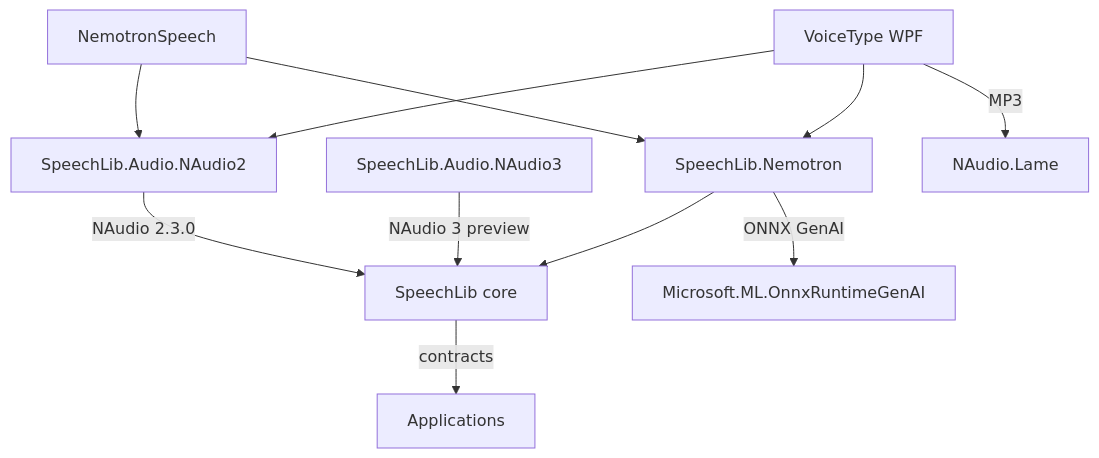
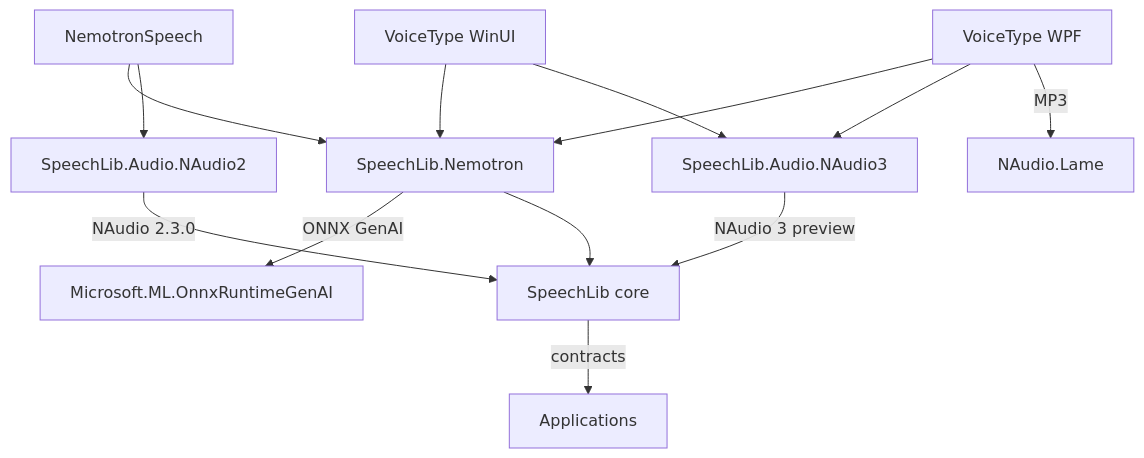
One commit to DimQ1/nemotron-speech-csharp changed the diagram in README.md. Above: the diagram before and after it, drawn with Mermaid. The commit also changed other lines of this file and 25 other files, not shown here.

````diff
--- a/README.md
+++ b/README.md
@@ -82,13 +86,15 @@
 ```mermaid
 graph TD
   SL[SpeechLib core] --> |contracts| APP[Applications]
   NA2[SpeechLib.Audio.NAudio2] --> |NAudio 2.3.0| SL
   NA3[SpeechLib.Audio.NAudio3] --> |NAudio 3 preview| SL
   NM[SpeechLib.Nemotron] --> |ONNX GenAI| ORT[Microsoft.ML.OnnxRuntimeGenAI]
   NM --> SL
   CLI[NemotronSpeech] --> NM
   CLI --> NA2
   VT[VoiceType WPF] --> NM
-  VT --> NA2
+  VT --> NA3
+  VU[VoiceType WinUI] --> NM
+  VU --> NA3
     VT --> |MP3| LAME[NAudio.Lame]
 ```
````
